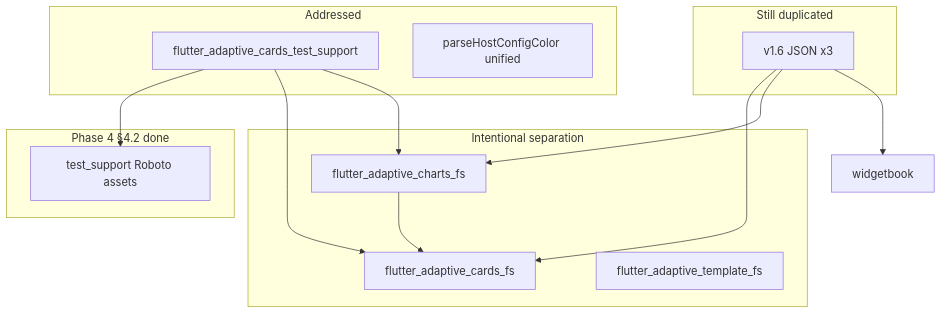
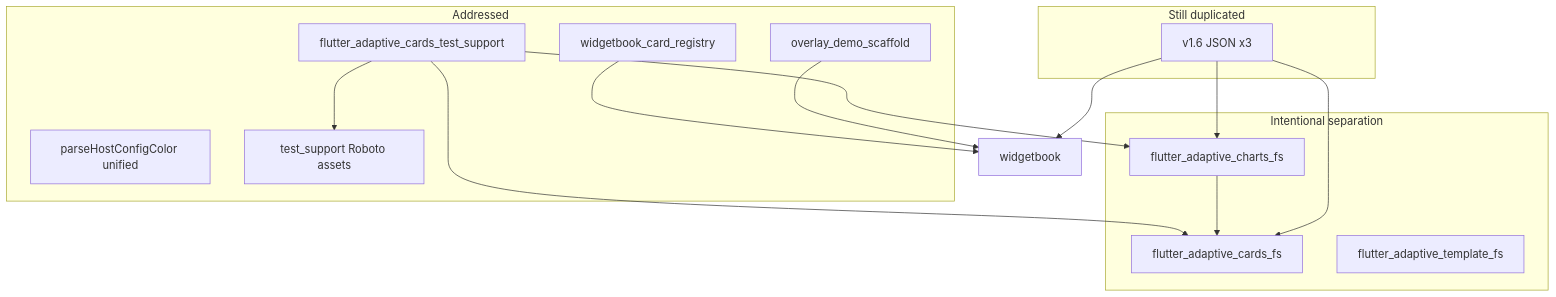
The diagram in docs/plans/2026-06-07-redundancy_remediation_plan_07c9630f.plan.md (freemansoft/Flutter-AdaptiveCards), drawn with Mermaid before and after one commit. The commit also changed other lines of this file and 30 other files, not shown here.

First line of the commit message:
Overlay gaps Phase 9 and redundancy docs (#29)

````diff
--- a/docs/plans/2026-06-07-redundancy_remediation_plan_07c9630f.plan.md
+++ b/docs/plans/2026-06-07-redundancy_remediation_plan_07c9630f.plan.md
@@ -83,25 +86,27 @@
 ```mermaid
 flowchart TB
   subgraph intentional [Intentional separation]
     cards[flutter_adaptive_cards_fs]
     template[flutter_adaptive_template_fs]
     charts[flutter_adaptive_charts_fs]
   end
   subgraph done [Addressed]
     testSupport[flutter_adaptive_cards_test_support]
     parseColor[parseHostConfigColor unified]
+    widgetbookRegistry[widgetbook_card_registry]
+    overlayScaffold[overlay_demo_scaffold]
+    fontsOnce[test_support Roboto assets]
   end
   subgraph remaining [Still duplicated]
     fixtures[v1.6 JSON x3]
-  end
-  subgraph phase4done [Phase 4 §4.2 done]
-    fontsOnce[test_support Roboto assets]
   end
   testSupport --> fontsOnce
   testSupport --> cards
   testSupport --> charts
   charts --> cards
   fixtures --> cards
   fixtures --> charts
   fixtures --> widgetbook[widgetbook]
+  widgetbookRegistry --> widgetbook
+  overlayScaffold --> widgetbook
 ```
````
